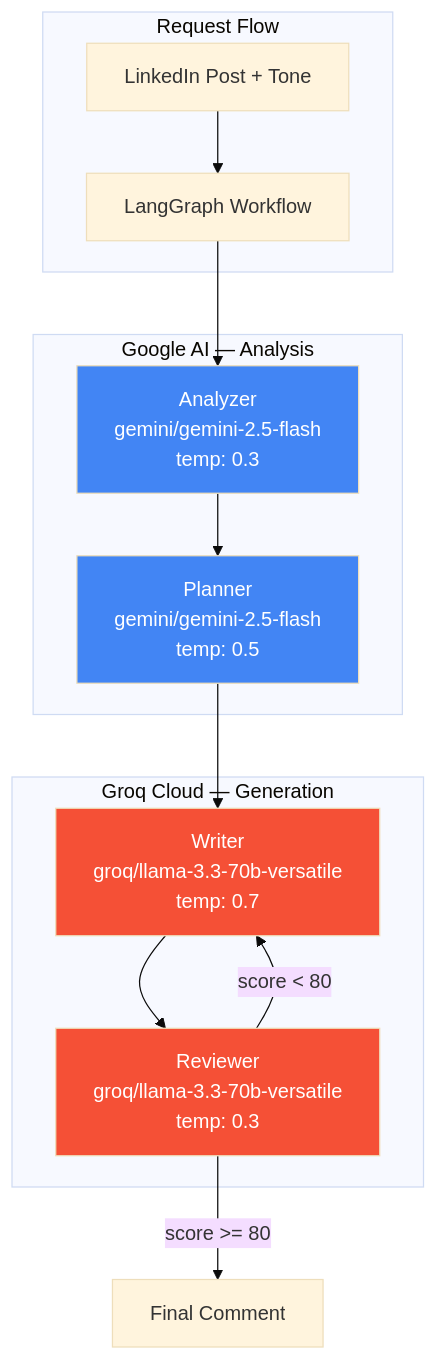
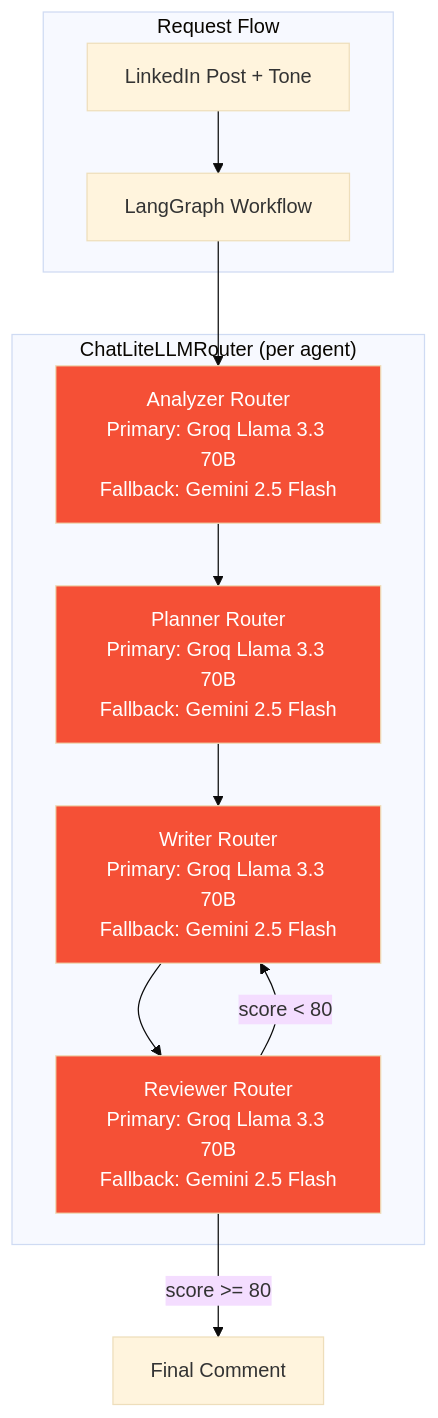
One commit to himanshu231204/linkedin-ai-comment-copilot changed the first of 5 diagrams in doc/MODEL_AND_LLM_INTEGRATION.md. Above: the diagram before and after it, drawn with Mermaid (base theme). The commit also changed other lines of this file and 4 other files, not shown here.

First line of the commit message:
docs: update all documentation to reflect ChatLiteLLMRouter, Groq primary, and Render deployment

````diff
--- a/doc/MODEL_AND_LLM_INTEGRATION.md
+++ b/doc/MODEL_AND_LLM_INTEGRATION.md
@@ -53,28 +53,25 @@
 ```mermaid
 graph TD
     subgraph "Request Flow"
         REQ[LinkedIn Post + Tone] --> G[LangGraph Workflow]
     end
 
-    subgraph "Google AI — Analysis"
-        A["Analyzer<br/>gemini/gemini-2.5-flash<br/>temp: 0.3"]
-        P["Planner<br/>gemini/gemini-2.5-flash<br/>temp: 0.5"]
+    subgraph "ChatLiteLLMRouter (per agent)"
+        R1["Analyzer Router<br/>Primary: Groq Llama 3.3 70B<br/>Fallback: Gemini 2.5 Flash"]
+        R2["Planner Router<br/>Primary: Groq Llama 3.3 70B<br/>Fallback: Gemini 2.5 Flash"]
+        R3["Writer Router<br/>Primary: Groq Llama 3.3 70B<br/>Fallback: Gemini 2.5 Flash"]
+        R4["Reviewer Router<br/>Primary: Groq Llama 3.3 70B<br/>Fallback: Gemini 2.5 Flash"]
     end
 
-    subgraph "Groq Cloud — Generation"
-        W["Writer<br/>groq/llama-3.3-70b-versatile<br/>temp: 0.7"]
-        R["Reviewer<br/>groq/llama-3.3-70b-versatile<br/>temp: 0.3"]
-    end
+    G --> R1
+    R1 --> R2
+    R2 --> R3
+    R3 --> R4
+    R4 -->|"score >= 80"| RES[Final Comment]
+    R4 -->|"score < 80"| R3
 
-    G --> A
-    A --> P
-    P --> W
-    W --> R
-    R -->|"score >= 80"| RES[Final Comment]
-    R -->|"score < 80"| W
-
-    style A fill:#4285F4,color:#fff
-    style P fill:#4285F4,color:#fff
-    style W fill:#F55036,color:#fff
-    style R fill:#F55036,color:#fff
+    style R1 fill:#F55036,color:#fff
+    style R2 fill:#F55036,color:#fff
+    style R3 fill:#F55036,color:#fff
+    style R4 fill:#F55036,color:#fff
 ```
````
